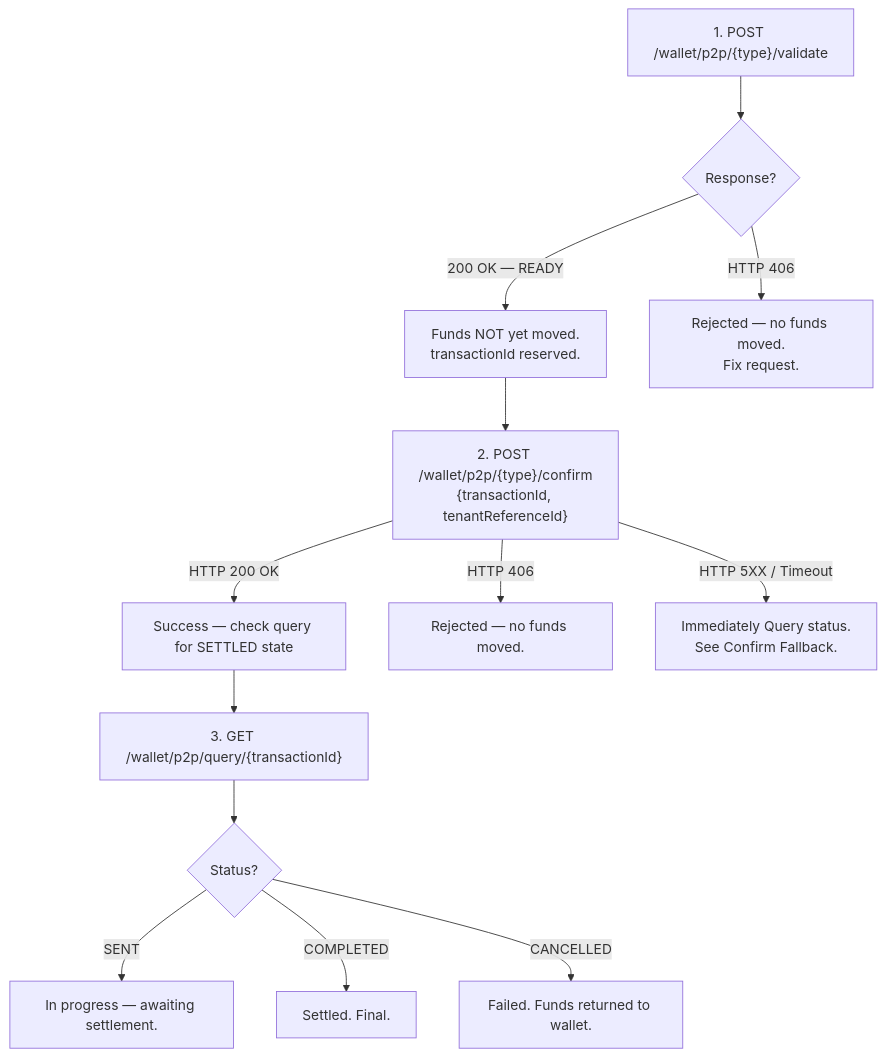
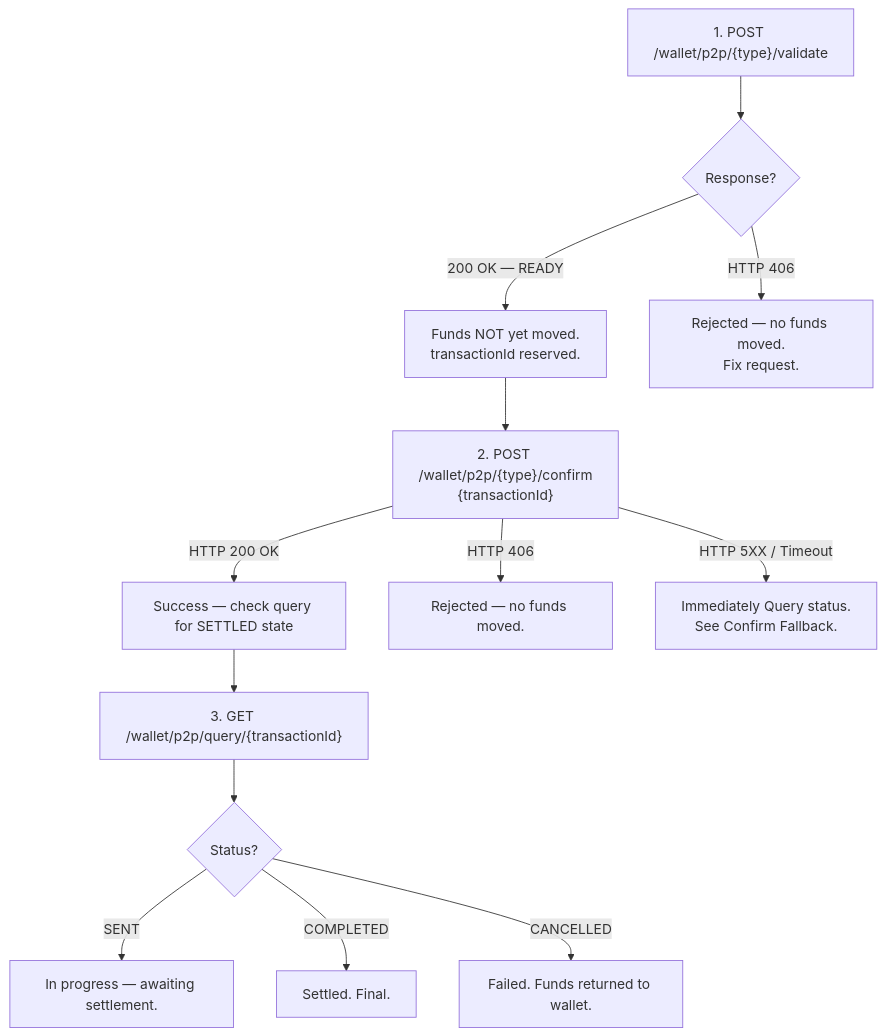
The diagram in docs/whitelabel-wallet-v2/safety-model.md (commitup/api-doc-v2), drawn with Mermaid before and after one commit. The commit also changed other lines of this file and 4 other files, not shown here.

````diff
--- a/docs/whitelabel-wallet-v2/safety-model.md
+++ b/docs/whitelabel-wallet-v2/safety-model.md
@@ -17,15 +17,15 @@
 ```mermaid
 flowchart TD
     A["1. POST /wallet/p2p/{type}/validate"] --> B{"Response?"}
     B -->|"200 OK — READY"| C["Funds NOT yet moved.<br/>transactionId reserved."]
     B -->|"HTTP 406"| D["Rejected — no funds moved.<br/>Fix request."]
-    C --> E["2. POST /wallet/p2p/{type}/confirm<br/>{transactionId, tenantReferenceId}"]
+    C --> E["2. POST /wallet/p2p/{type}/confirm<br/>{transactionId}"]
     E -->|"HTTP 200 OK"| G["Success — check query for SETTLED state"]
     E -->|"HTTP 406"| H["Rejected — no funds moved."]
     E -->|"HTTP 5XX / Timeout"| I["Immediately Query status.<br/>See Confirm Fallback."]
     G --> J["3. GET /wallet/p2p/query/{transactionId}"]
     J --> K{"Status?"}
     K -->|"SENT"| L["In progress — awaiting settlement."]
     K -->|"COMPLETED"| M["Settled. Final."]
     K -->|"CANCELLED"| N["Failed. Funds returned to wallet."]
 ```
````
